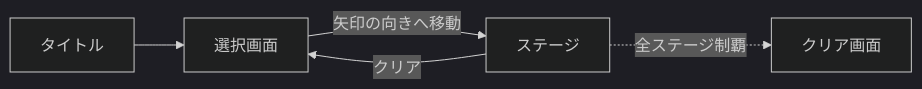
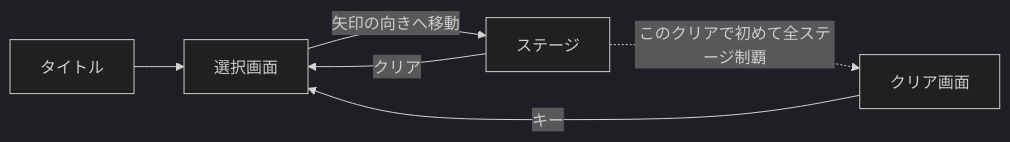
Before and after one commit to Asynchronous-0x4C/LoopCut: the diagram in dev-docs/08-select-format.md, drawn with Mermaid (dark theme). The commit also changed other lines of this file and 28 other files, not shown here.

````diff
--- a/dev-docs/08-select-format.md
+++ b/dev-docs/08-select-format.md
@@ -165,7 +197,8 @@
 ```mermaid
 flowchart LR
   T[タイトル] --> S[選択画面]
   S -->|矢印の向きへ移動| G[ステージ]
   G -->|クリア| S
-  G -.->|全ステージ制覇| F[クリア画面]
+  G -.->|このクリアで初めて全ステージ制覇| F[クリア画面]
+  F -->|キー| S
 ```
````
